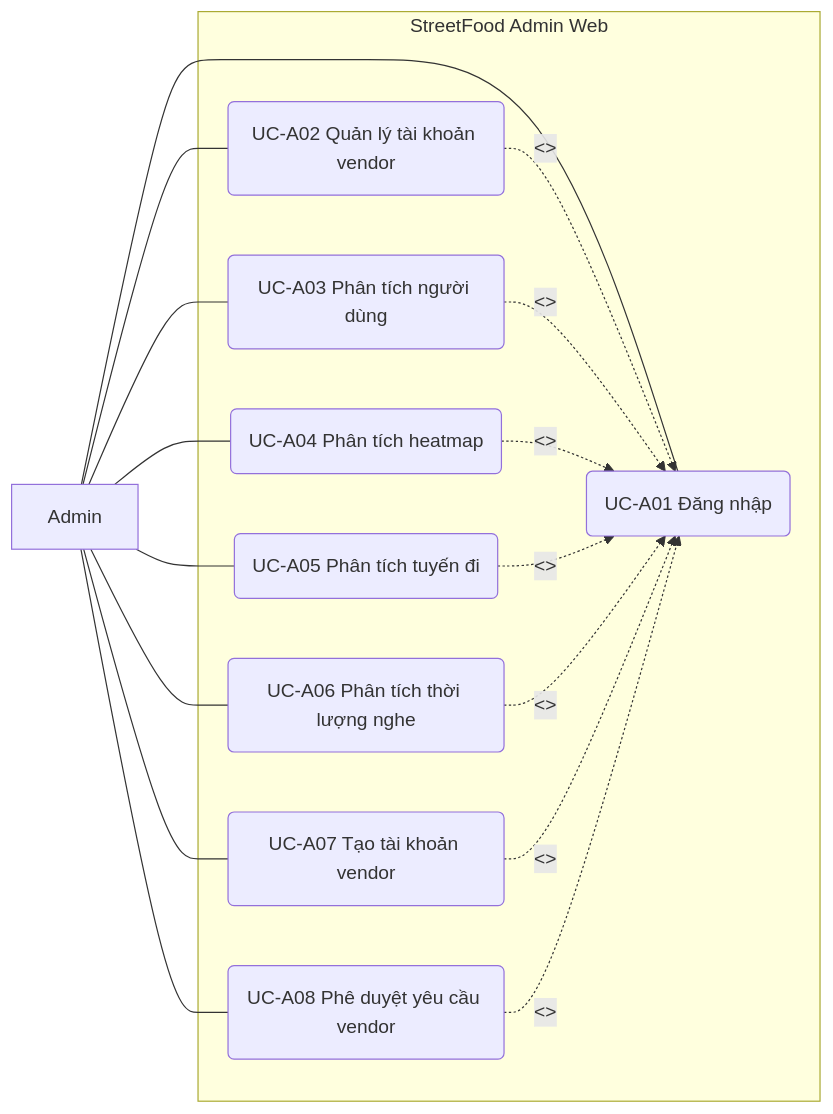
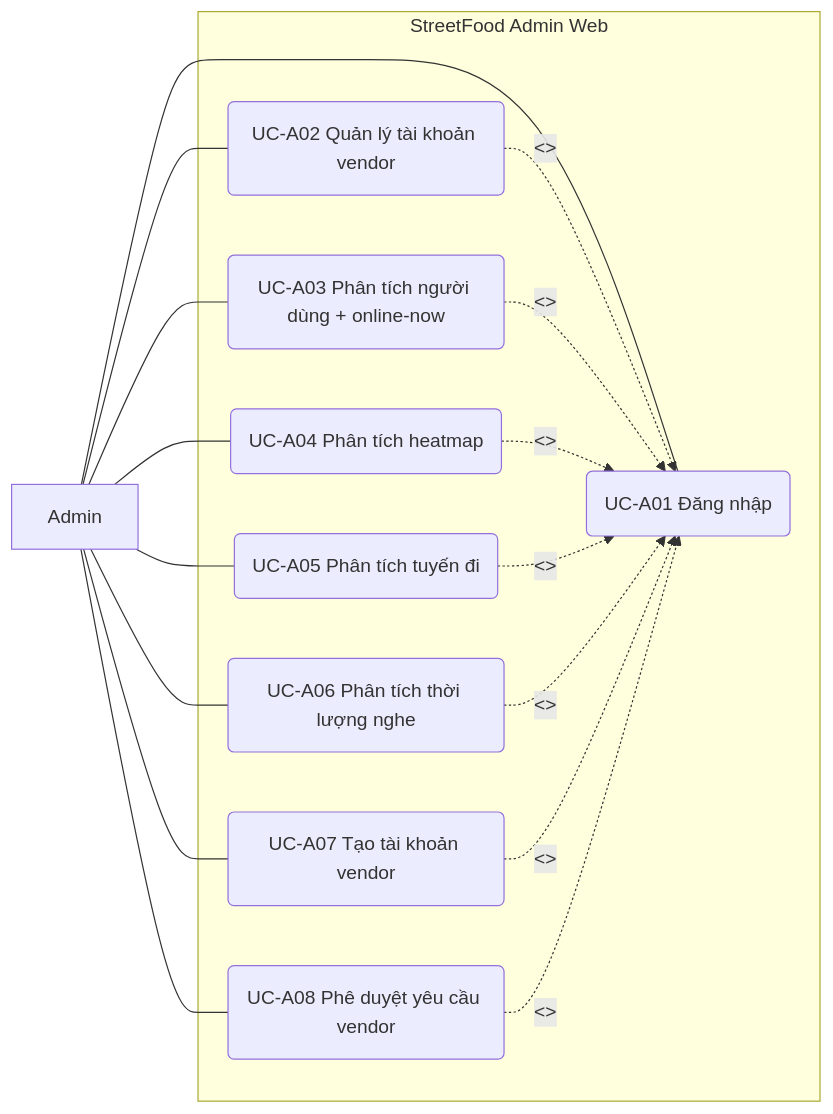
Before and after one commit to NguyenPhuc-Du/StreetFood: the fifth of 47 diagrams in prd.md, drawn with Mermaid. The commit also changed other lines of this file, not shown here.

````diff
--- a/prd.md
+++ b/prd.md
@@ -708,29 +716,29 @@
 ```mermaid
 flowchart LR
     A[Admin]
     subgraph AW[StreetFood Admin Web]
       A1(UC-A01 Đăng nhập)
       A2(UC-A02 Quản lý tài khoản vendor)
-      A3(UC-A03 Phân tích người dùng)
+      A3(UC-A03 Phân tích người dùng + online-now)
       A4(UC-A04 Phân tích heatmap)
       A5(UC-A05 Phân tích tuyến đi)
       A6(UC-A06 Phân tích thời lượng nghe)
       A7(UC-A07 Tạo tài khoản vendor)
       A8(UC-A08 Phê duyệt yêu cầu vendor)
     end
     A --- A1
     A --- A2
     A --- A3
     A --- A4
     A --- A5
     A --- A6
     A --- A7
     A --- A8
     A2 -. "<<include>>" .-> A1
     A3 -. "<<include>>" .-> A1
     A4 -. "<<include>>" .-> A1
     A5 -. "<<include>>" .-> A1
     A6 -. "<<include>>" .-> A1
     A7 -. "<<include>>" .-> A1
     A8 -. "<<include>>" .-> A1
 ```
````
